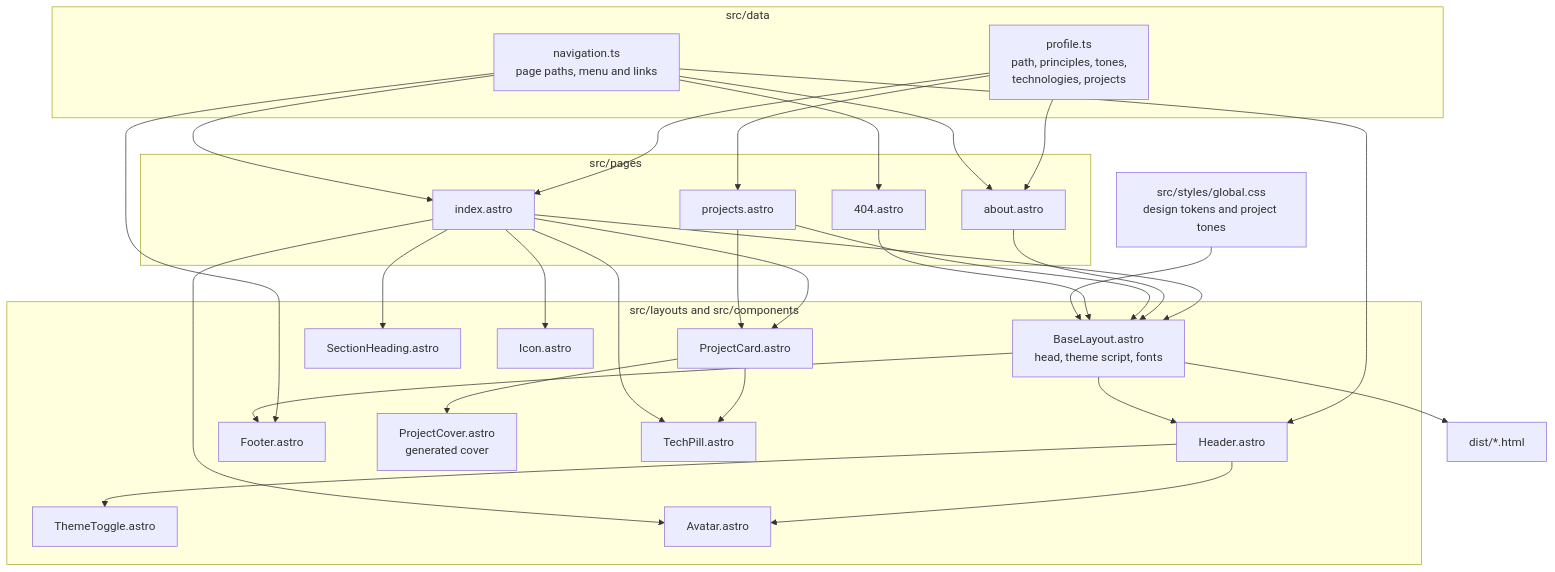
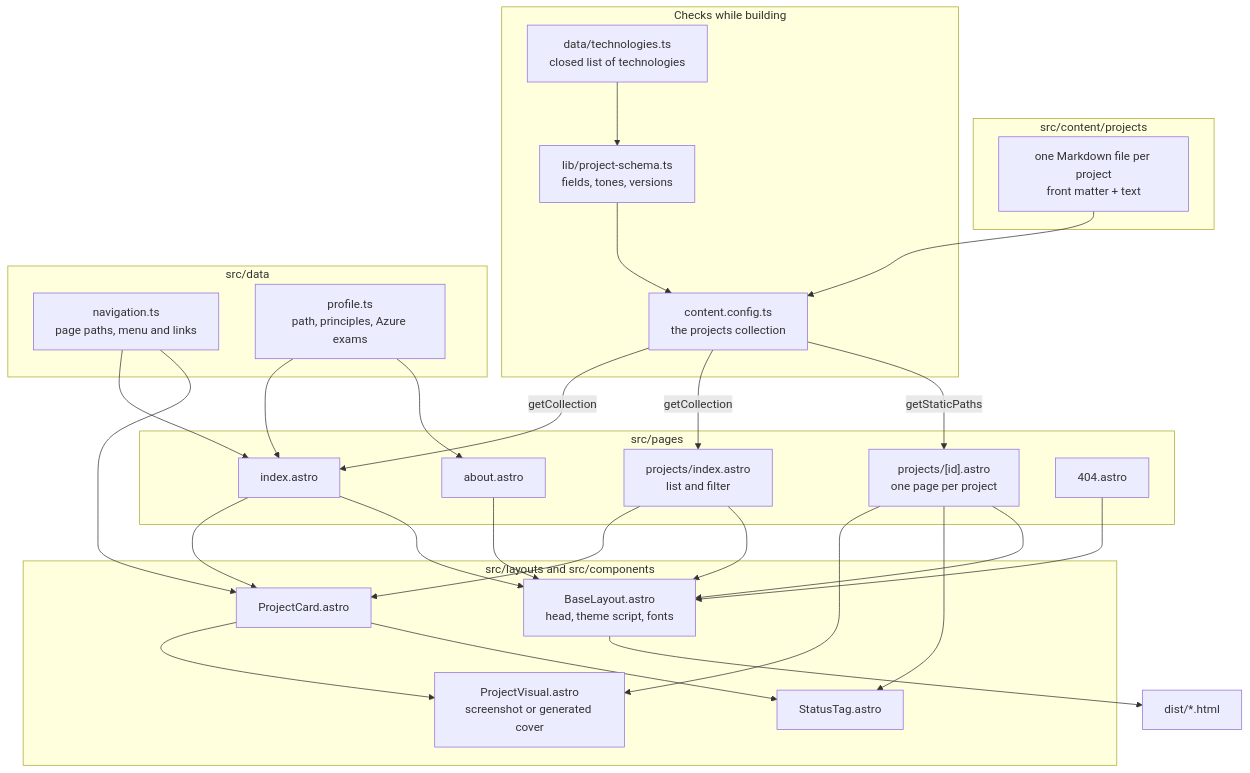
Before and after one commit to zxxdev/zxxdev.github.io: the second of 2 diagrams in docs/architecture.md, drawn with Mermaid. The commit also changed other lines of this file and 29 other files, not shown here.

First line of the commit message:
feat(projects): projects as a content collection, with a filter and project pages (#28)

````diff
--- a/docs/architecture.md
+++ b/docs/architecture.md
@@ -31,53 +31,51 @@
 ```mermaid
 flowchart TB
+    subgraph content[src/content/projects]
+        MD[one Markdown file per project<br/>front matter + text]
+    end
+    subgraph rules[Checks while building]
+        CC[content.config.ts<br/>the projects collection]
+        SC[lib/project-schema.ts<br/>fields, tones, versions]
+        TC[data/technologies.ts<br/>closed list of technologies]
+    end
     subgraph data[src/data]
         N[navigation.ts<br/>page paths, menu and links]
-        P[profile.ts<br/>path, principles, tones,<br/>technologies, projects]
+        P[profile.ts<br/>path, principles, Azure exams]
     end
     subgraph pages[src/pages]
         I[index.astro]
         AB[about.astro]
-        PR[projects.astro]
+        PL[projects/index.astro<br/>list and filter]
+        PD["projects/[id].astro<br/>one page per project"]
         NF[404.astro]
     end
     subgraph shell[src/layouts and src/components]
         L[BaseLayout.astro<br/>head, theme script, fonts]
-        H[Header.astro]
-        F[Footer.astro]
-        T[ThemeToggle.astro]
-        A[Avatar.astro]
         PC[ProjectCard.astro]
-        CV[ProjectCover.astro<br/>generated cover]
-        TP[TechPill.astro]
-        SH[SectionHeading.astro]
-        IC[Icon.astro]
+        PV[ProjectVisual.astro<br/>screenshot or generated cover]
+        ST[StatusTag.astro]
     end
-    S[src/styles/global.css<br/>design tokens and project tones]
 
+    MD --> CC
+    SC --> CC
+    TC --> SC
+    CC -->|getCollection| I
+    CC -->|getCollection| PL
+    CC -->|getStaticPaths| PD
     P --> I
     P --> AB
-    P --> PR
-    N --> H
-    N --> F
     N --> I
-    N --> AB
-    N --> NF
+    N --> PC
+    I --> PC
+    PL --> PC
+    PC --> PV
+    PC --> ST
+    PD --> PV
+    PD --> ST
     I --> L
     AB --> L
-    PR --> L
+    PL --> L
+    PD --> L
     NF --> L
-    L --> H
-    L --> F
-    H --> T
-    H --> A
-    I --> A
-    I --> PC
-    PR --> PC
-    PC --> CV
-    PC --> TP
-    I --> TP
-    I --> SH
-    I --> IC
-    S --> L
     L --> O[dist/*.html]
 ```
````
